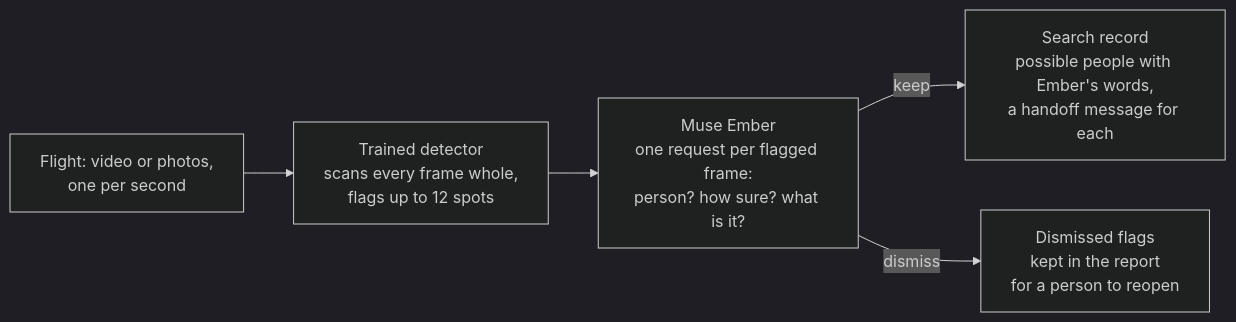
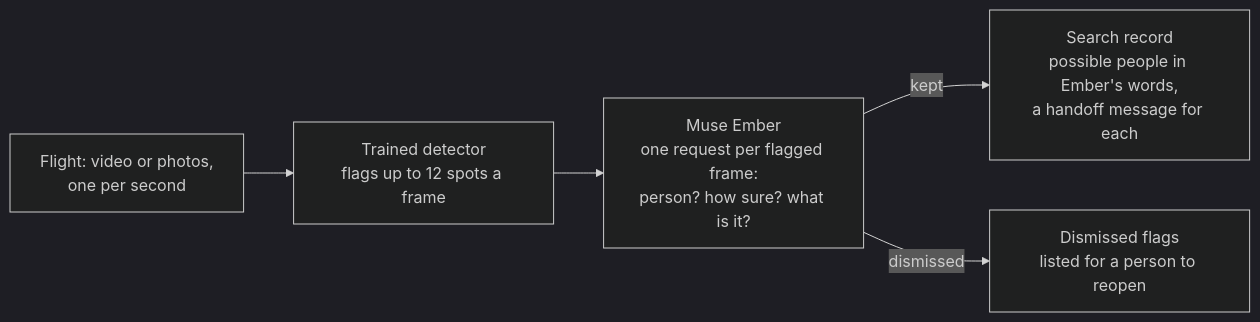
One commit to napiermd/open-water-search changed the diagram in README.md. Above: the diagram before and after it, drawn with Mermaid (dark theme). The commit also changed other lines of this file and 65 other files, not shown here.

```diff
--- a/README.md
+++ b/README.md
@@ -28,7 +20,7 @@
 ~~~mermaid
 flowchart LR
-    flight["Flight: video or photos,<br/>one per second"] --> detector["Trained detector<br/>scans every frame whole,<br/>flags up to 12 spots"]
+    flight["Flight: video or photos,<br/>one per second"] --> detector["Trained detector<br/>flags up to 12 spots a frame"]
     detector --> ember["Muse Ember<br/>one request per flagged frame:<br/>person? how sure? what is it?"]
-    ember -->|keep| record["Search record<br/>possible people with Ember's words,<br/>a handoff message for each"]
-    ember -->|dismiss| reopen["Dismissed flags<br/>kept in the report<br/>for a person to reopen"]
+    ember -->|kept| record["Search record<br/>possible people in Ember's words,<br/>a handoff message for each"]
+    ember -->|dismissed| reopen["Dismissed flags<br/>listed for a person to reopen"]
 ~~~
```
